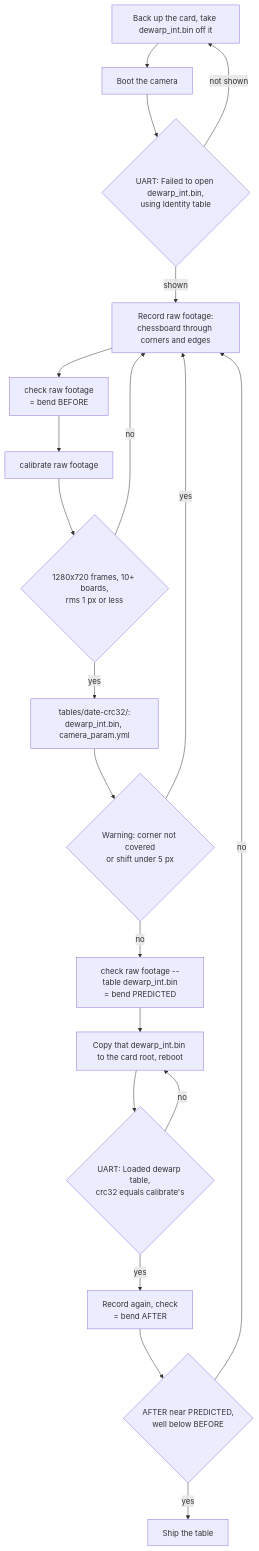
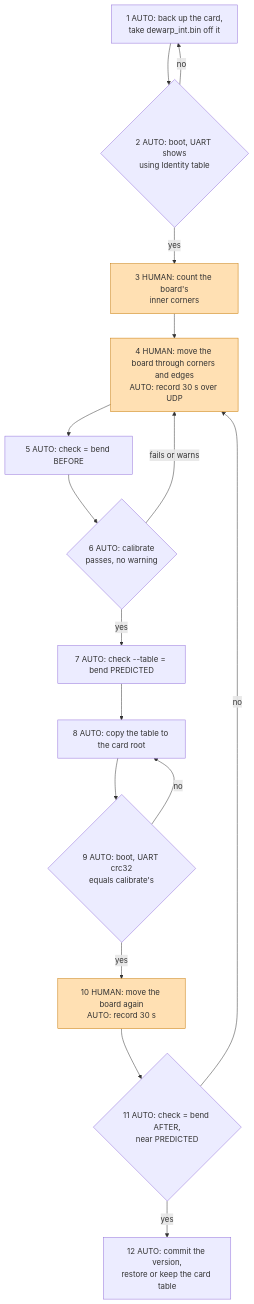
Before and after one commit to opo200tw/UM-GPM7-camera-undistort: the diagram in README.md, drawn with Mermaid. The commit also changed other lines of this file and 4 other files, not shown here.

First line of the commit message:
feat(dewarp): AUTO/HUMAN flow, synthetic-board stand-in, whole-file calibration

````diff
--- a/README.md
+++ b/README.md
@@ -96,22 +98,20 @@
 ```mermaid
 flowchart TD
-    A["Back up the card, take dewarp_int.bin off it"] --> B["Boot the camera"]
-    B --> C{"UART: Failed to open dewarp_int.bin,<br/>using Identity table"}
-    C -- "not shown" --> A
-    C -- shown --> D["Record raw footage:<br/>chessboard through corners and edges"]
-    D --> E["check raw footage<br/>= bend BEFORE"]
-    E --> F["calibrate raw footage"]
-    F --> G{"1280x720 frames, 10+ boards,<br/>rms 1 px or less"}
-    G -- no --> D
-    G -- yes --> H["tables/date-crc32/:<br/>dewarp_int.bin, camera_param.yml"]
-    H --> W{"Warning: corner not covered<br/>or shift under 5 px"}
-    W -- yes --> D
-    W -- no --> I["check raw footage --table dewarp_int.bin<br/>= bend PREDICTED"]
-    I --> J["Copy that dewarp_int.bin to the card root, reboot"]
-    J --> K{"UART: Loaded dewarp table,<br/>crc32 equals calibrate's"}
-    K -- no --> J
-    K -- yes --> L["Record again, check<br/>= bend AFTER"]
-    L --> M{"AFTER near PREDICTED,<br/>well below BEFORE"}
-    M -- no --> D
-    M -- yes --> N["Ship the table"]
+    S1["1 AUTO: back up the card,<br/>take dewarp_int.bin off it"] --> S2{"2 AUTO: boot, UART shows<br/>using Identity table"}
+    S2 -- no --> S1
+    S2 -- yes --> S3["3 HUMAN: count the board's<br/>inner corners"]
+    S3 --> S4["4 HUMAN: move the board through corners and edges<br/>AUTO: record 30 s over UDP"]
+    S4 --> S5["5 AUTO: check = bend BEFORE"]
+    S5 --> S6{"6 AUTO: calibrate<br/>passes, no warning"}
+    S6 -- "fails or warns" --> S4
+    S6 -- yes --> S7["7 AUTO: check --table = bend PREDICTED"]
+    S7 --> S8["8 AUTO: copy the table to the card root"]
+    S8 --> S9{"9 AUTO: boot, UART crc32<br/>equals calibrate's"}
+    S9 -- no --> S8
+    S9 -- yes --> S10["10 HUMAN: move the board again<br/>AUTO: record 30 s"]
+    S10 --> S11{"11 AUTO: check = bend AFTER,<br/>near PREDICTED"}
+    S11 -- no --> S4
+    S11 -- yes --> S12["12 AUTO: commit the version,<br/>restore or keep the card table"]
+    classDef human fill:#ffe0b3,stroke:#c77700
+    class S3,S4,S10 human
 ```
````
